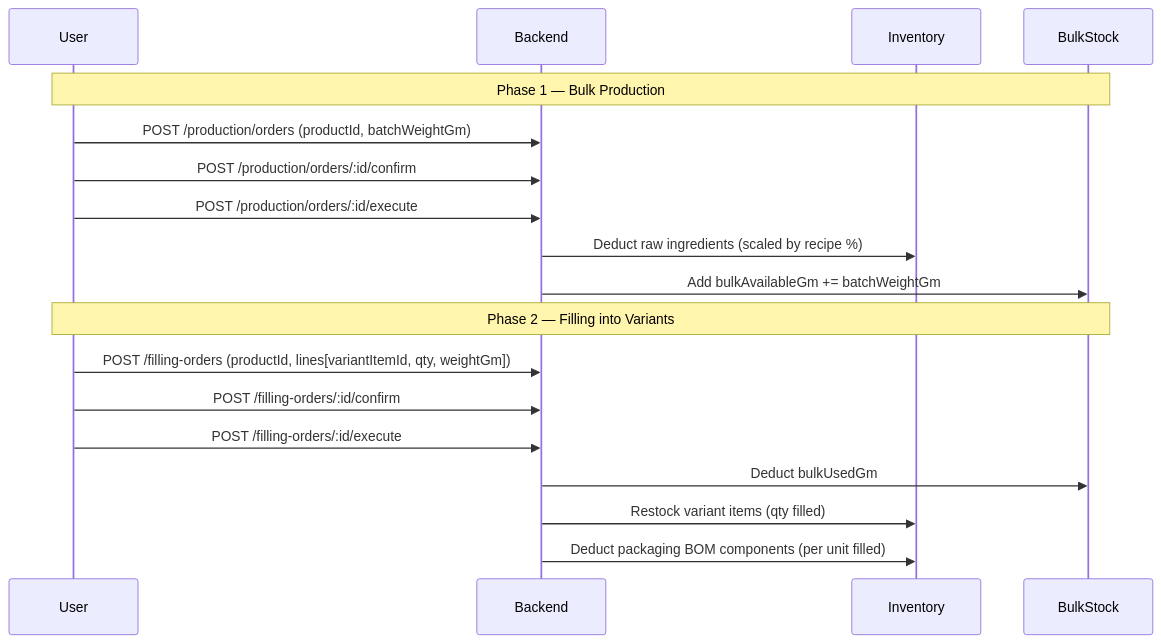
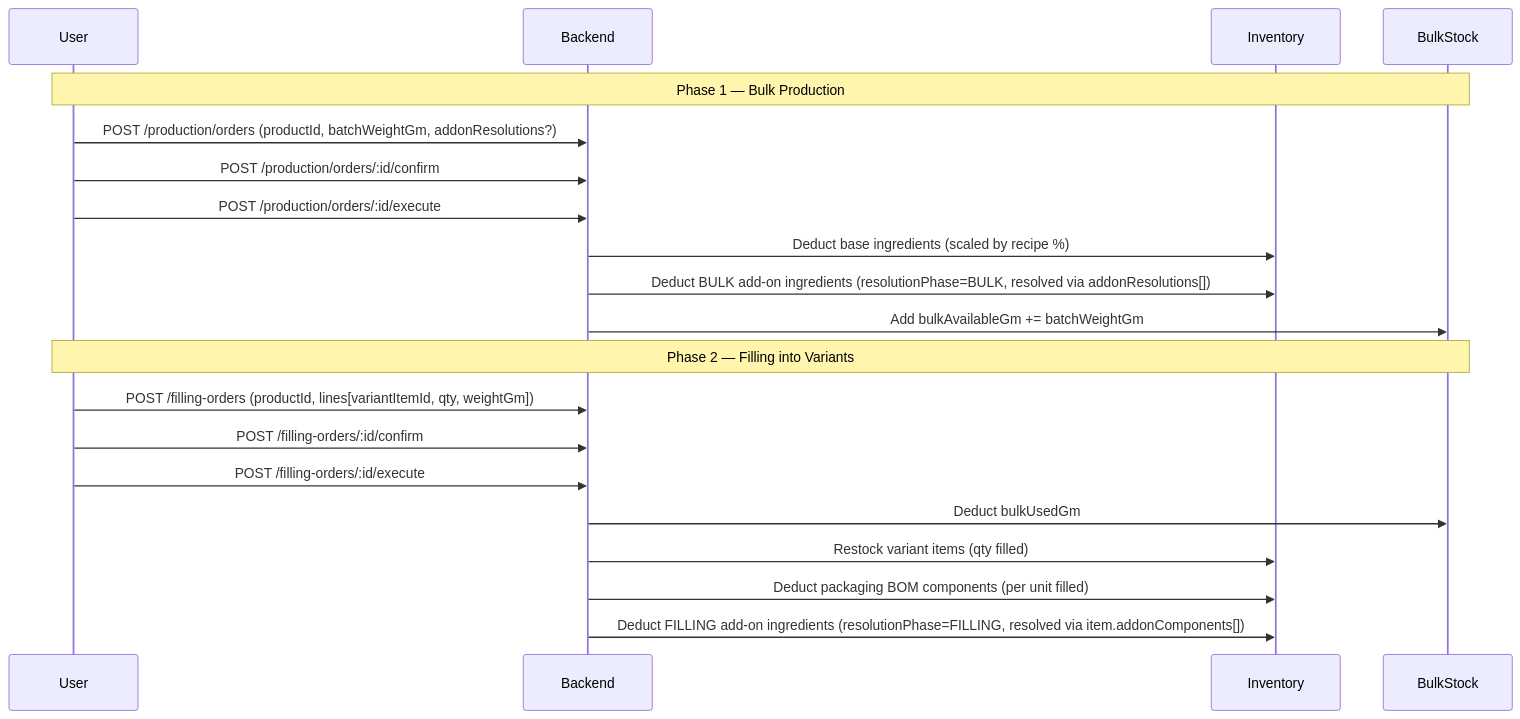
Diagram 11 of 15 in docs/frontend-guide.md (stap20/sakura-erp-backend), drawn with Mermaid before and after one commit. The commit also changed other lines of this file and 2 other files, not shown here.

Commit message:
feat(docs): enhance frontend and screens guides with addon BOM details and ingredient resolution phases

````diff
--- a/docs/frontend-guide.md
+++ b/docs/frontend-guide.md
@@ -277,22 +296,24 @@
 ```mermaid
 sequenceDiagram
     participant U as User
     participant API as Backend
     participant INV as Inventory
     participant BULK as BulkStock
 
     Note over U,BULK: Phase 1 — Bulk Production
-    U->>API: POST /production/orders (productId, batchWeightGm)
+    U->>API: POST /production/orders (productId, batchWeightGm, addonResolutions?)
     U->>API: POST /production/orders/:id/confirm
     U->>API: POST /production/orders/:id/execute
-    API->>INV: Deduct raw ingredients (scaled by recipe %)
+    API->>INV: Deduct base ingredients (scaled by recipe %)
+    API->>INV: Deduct BULK add-on ingredients (resolutionPhase=BULK, resolved via addonResolutions[])
     API->>BULK: Add bulkAvailableGm += batchWeightGm
 
     Note over U,BULK: Phase 2 — Filling into Variants
     U->>API: POST /filling-orders (productId, lines[variantItemId, qty, weightGm])
     U->>API: POST /filling-orders/:id/confirm
     U->>API: POST /filling-orders/:id/execute
     API->>BULK: Deduct bulkUsedGm
     API->>INV: Restock variant items (qty filled)
     API->>INV: Deduct packaging BOM components (per unit filled)
+    API->>INV: Deduct FILLING add-on ingredients (resolutionPhase=FILLING, resolved via item.addonComponents[])
 ```
````
